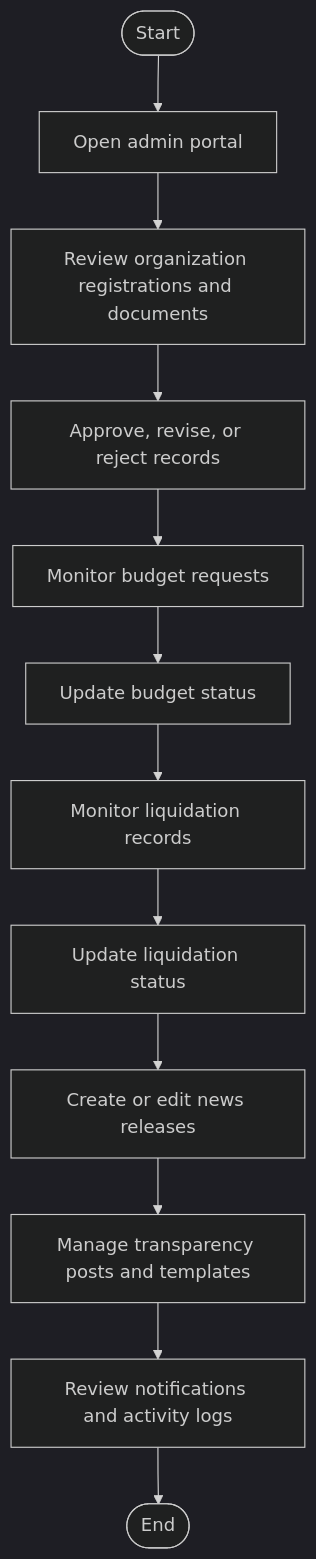
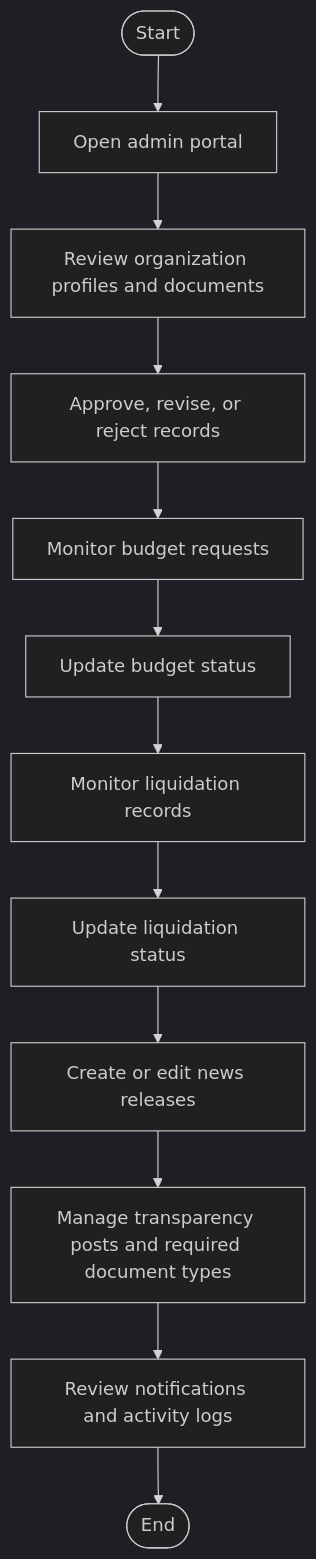
Before and after one commit to txiaoqt/lydo-connect-org-focused: the third of 3 diagrams in Methodology/3.2.1-Activity-Diagram.md, drawn with Mermaid (dark theme). The commit also changed other lines of this file and 12 other files, not shown here.

````diff
--- a/Methodology/3.2.1-Activity-Diagram.md
+++ b/Methodology/3.2.1-Activity-Diagram.md
@@ -44,14 +44,14 @@
 ```mermaid
 flowchart TD
     A([Start]) --> B["Open admin portal"]
-    B --> C["Review organization registrations and documents"]
+    B --> C["Review organization profiles and documents"]
     C --> D["Approve, revise, or reject records"]
     D --> E["Monitor budget requests"]
     E --> F["Update budget status"]
     F --> G["Monitor liquidation records"]
     G --> H["Update liquidation status"]
     H --> I["Create or edit news releases"]
-    I --> J["Manage transparency posts and templates"]
+    I --> J["Manage transparency posts and required document types"]
     J --> K["Review notifications and activity logs"]
     K --> L([End])
 ```
````
